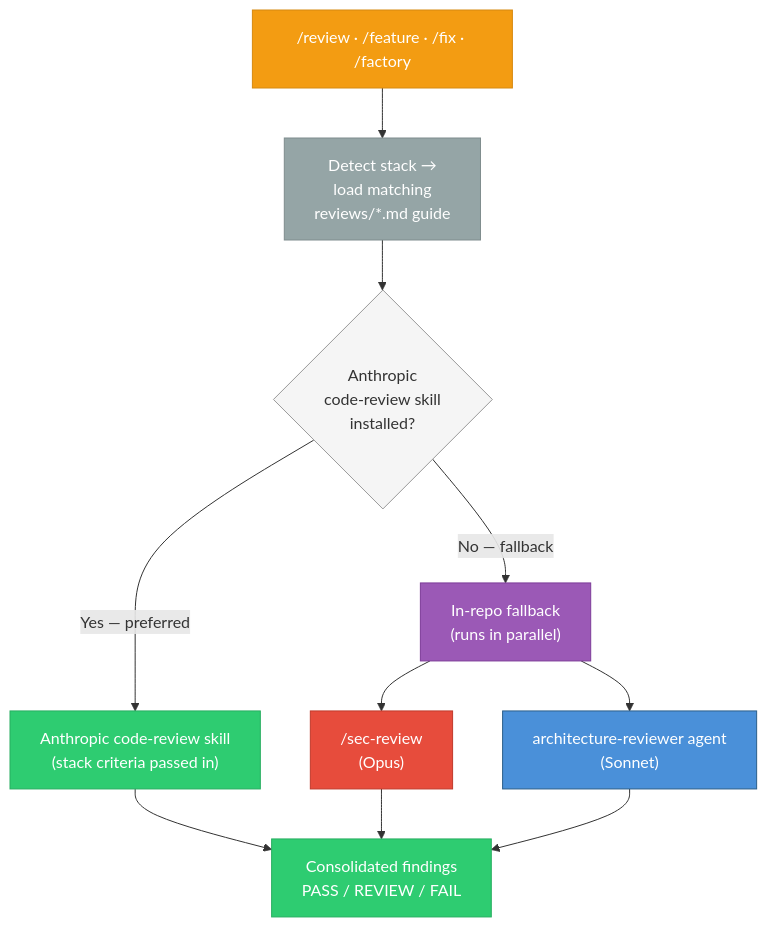
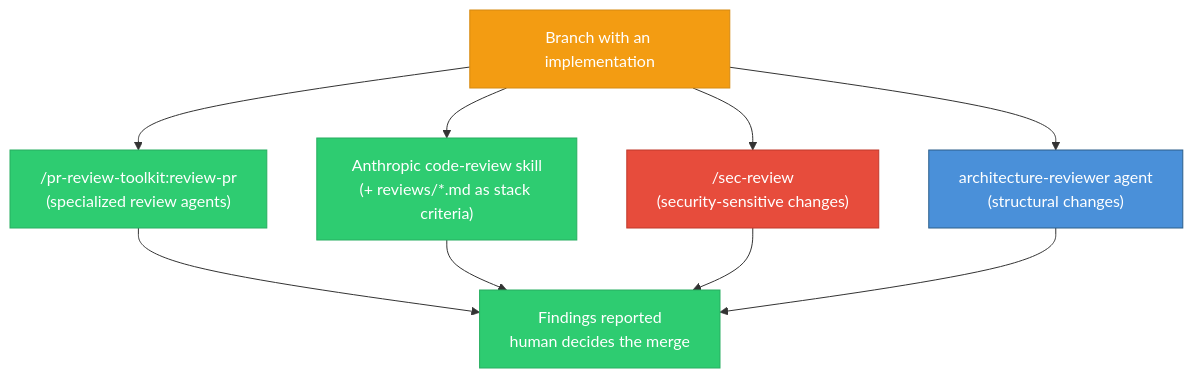
The fourth of 6 diagrams in docs/spec-driven-development.md (0xrafasec/ai-workflow), drawn with Mermaid before and after one commit. The commit also changed other lines of this file and 9 other files, not shown here.

````diff
--- a/docs/spec-driven-development.md
+++ b/docs/spec-driven-development.md
@@ -175,27 +146,25 @@
 ```mermaid
 flowchart TB
-    TRIGGER["/review · /feature · /fix · /factory"]
-    DETECT["Detect stack →<br/>load matching<br/>reviews/*.md guide"]
+    TRIGGER["Branch with an implementation"]
+    PRT["/pr-review-toolkit:review-pr<br/>(specialized review agents)"]
+    CR["Anthropic code-review skill<br/>(+ reviews/*.md as stack criteria)"]
+    SEC["/sec-review<br/>(security-sensitive changes)"]
+    ARCH["architecture-reviewer agent<br/>(structural changes)"]
 
-    TRIGGER --> DETECT
-    DETECT --> CHOICE{"Anthropic<br/>code-review skill<br/>installed?"}
+    TRIGGER --> PRT
+    TRIGGER --> CR
+    TRIGGER --> SEC
+    TRIGGER --> ARCH
 
-    CHOICE -->|Yes — preferred| CR["Anthropic code-review skill<br/>(stack criteria passed in)"]
-    CHOICE -->|No — fallback| FB["In-repo fallback<br/>(runs in parallel)"]
-
-    FB --> SEC["/sec-review<br/>(Opus)"]
-    FB --> ARCH["architecture-reviewer agent<br/>(Sonnet)"]
-
-    CR --> REPORT["Consolidated findings<br/>PASS / REVIEW / FAIL"]
+    PRT --> REPORT["Findings reported<br/>human decides the merge"]
+    CR --> REPORT
     SEC --> REPORT
     ARCH --> REPORT
 
     style TRIGGER fill:#f39c12,stroke:#d68910,color:#fff
-    style DETECT fill:#95a5a6,stroke:#7f8c8d,color:#fff
-    style CHOICE fill:#f5f5f5,stroke:#999,color:#333
+    style PRT fill:#2ecc71,stroke:#27ae60,color:#fff
     style CR fill:#2ecc71,stroke:#27ae60,color:#fff
-    style FB fill:#9b59b6,stroke:#7d3c98,color:#fff
     style SEC fill:#e74c3c,stroke:#c0392b,color:#fff
     style ARCH fill:#4a90d9,stroke:#2c5f8a,color:#fff
     style REPORT fill:#2ecc71,stroke:#27ae60,color:#fff
 ```
````
